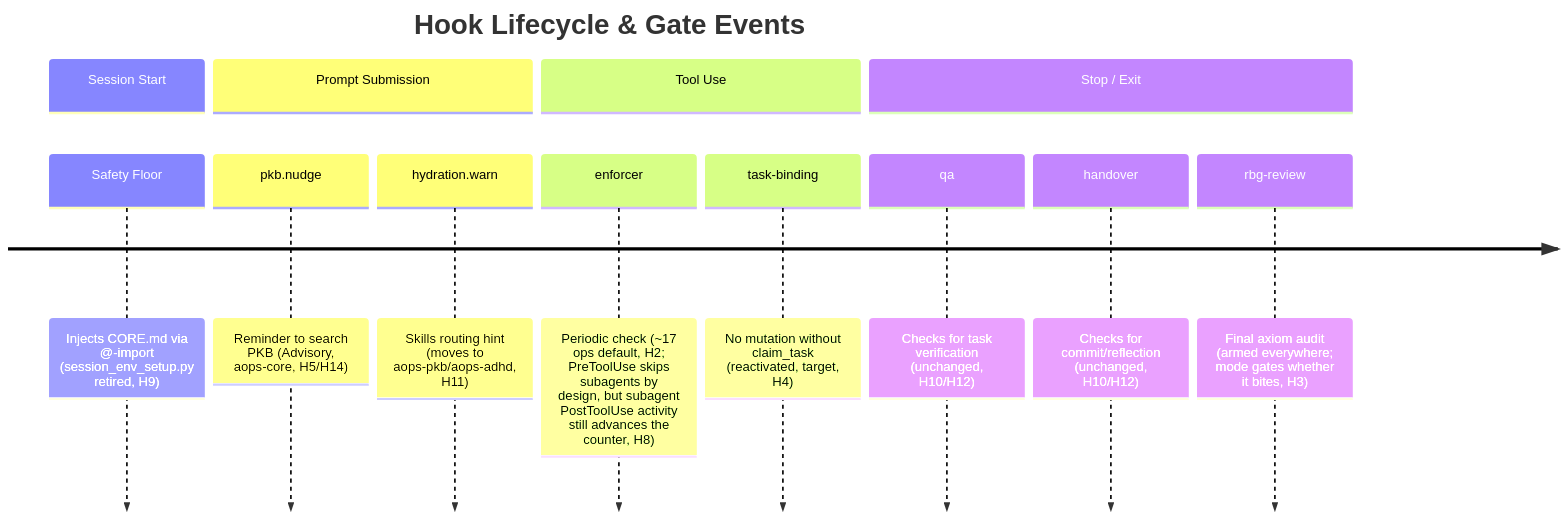
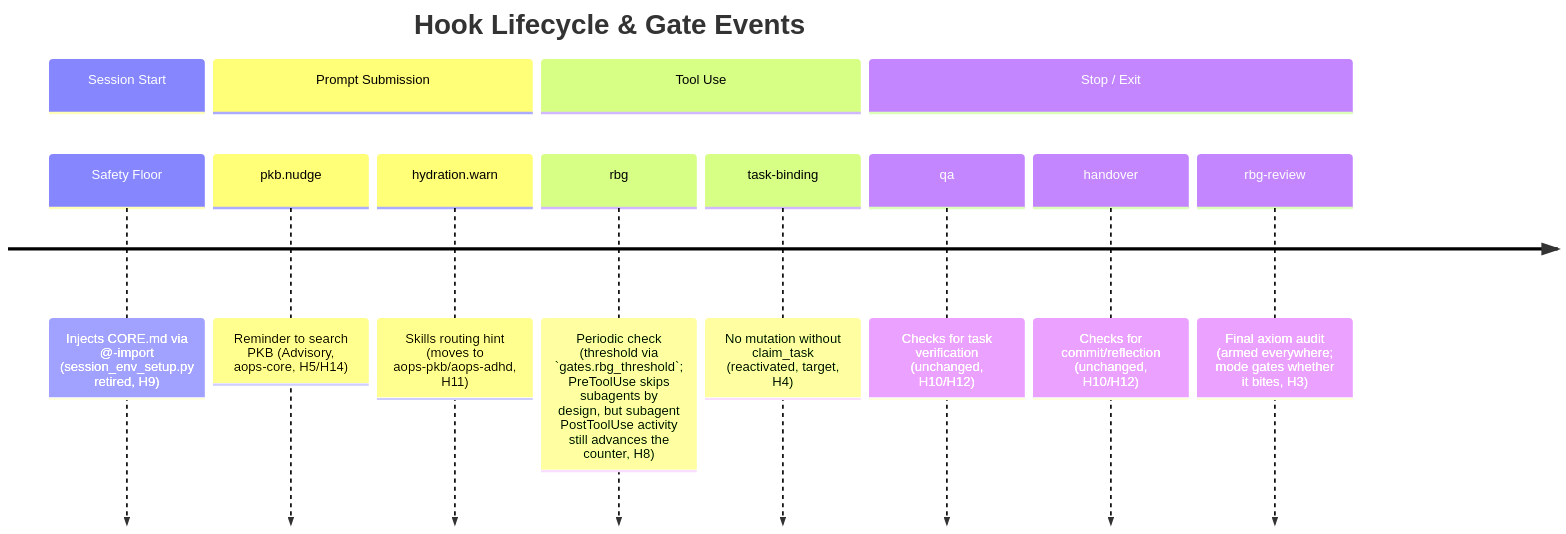
The diagram in specs/enforcement/GATES.md (nicsuzor/academicOps), drawn with Mermaid before and after one commit. The commit also changed other lines of this file and 18 other files, not shown here.

````diff
--- a/specs/enforcement/GATES.md
+++ b/specs/enforcement/GATES.md
@@ -59,16 +71,16 @@
 ```mermaid
 timeline
     title Hook Lifecycle & Gate Events
     section Session Start
         Safety Floor : Injects CORE.md via @-import (session_env_setup.py retired, H9)
     section Prompt Submission
         pkb.nudge : Reminder to search PKB (Advisory, aops-core, H5/H14)
         hydration.warn : Skills routing hint (moves to aops-pkb/aops-adhd, H11)
     section Tool Use
-        enforcer : Periodic check (~17 ops default, H2; PreToolUse skips subagents by design, but subagent PostToolUse activity still advances the counter, H8)
+        rbg : Periodic check (threshold via `gates.rbg_threshold`; PreToolUse skips subagents by design, but subagent PostToolUse activity still advances the counter, H8)
         task-binding : No mutation without claim_task (reactivated, target, H4)
     section Stop / Exit
         qa : Checks for task verification (unchanged, H10/H12)
         handover : Checks for commit/reflection (unchanged, H10/H12)
         rbg-review : Final axiom audit (armed everywhere; mode gates whether it bites, H3)
 ```
````
